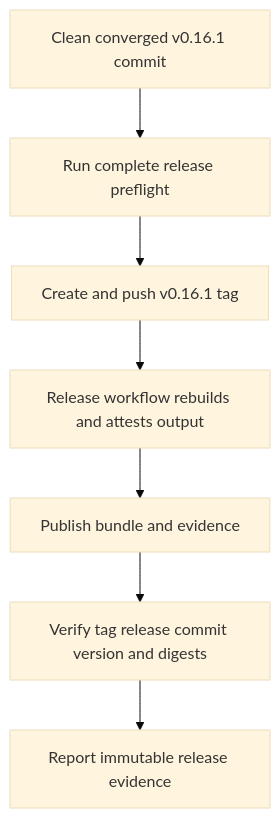
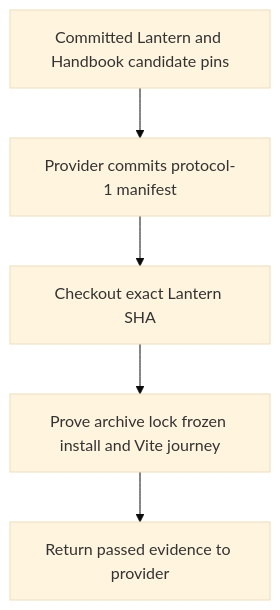
One commit to RebelliousSmile/lantern changed the first of 2 diagrams in aidd_docs/tasks/2026_09/2026_09_25_issues_46_47_release_identity_and_pbta_proof/phase-6.md. Above: the diagram before and after it, drawn with Mermaid (base theme). The commit also changed other lines of this file and 7 other files, not shown here.

Commit message:
feat(release-train): adopt adrenaline 2.6.0 candidate [skip ci]

````diff
--- a/aidd_docs/tasks/2026_09/2026_09_25_issues_46_47_release_identity_and_pbta_proof/phase-6.md
+++ b/aidd_docs/tasks/2026_09/2026_09_25_issues_46_47_release_identity_and_pbta_proof/phase-6.md
@@ -19,9 +21,7 @@
 ```mermaid
 flowchart TD
-  A[Clean converged v0.16.1 commit] --> B[Run complete release preflight]
-  B --> C[Create and push v0.16.1 tag]
-  C --> D[Release workflow rebuilds and attests output]
-  D --> E[Publish bundle and evidence]
-  E --> F[Verify tag release commit version and digests]
-  F --> G[Report immutable release evidence]
+  A[Committed Lantern and Handbook candidate pins] --> B[Provider commits protocol-1 manifest]
+  B --> C[Checkout exact Lantern SHA]
+  C --> D[Prove archive lock frozen install and Vite journey]
+  D --> E[Return passed evidence to provider]
 ```
````
